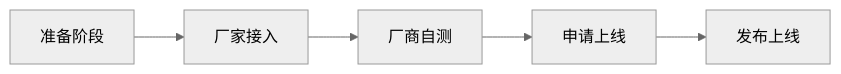
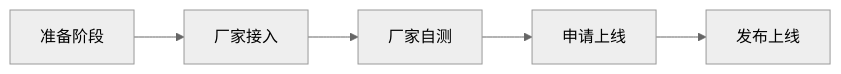
Before and after one commit to rokid/docs: the diagram in rokid-homebase-docs/intro/flow.md, drawn with Mermaid (neutral theme). The commit also changed 3 other files, not shown here.

````diff
--- a/rokid-homebase-docs/intro/flow.md
+++ b/rokid-homebase-docs/intro/flow.md
@@ -3,8 +3,14 @@
 ```mermaid
+
 graph LR;
+  A[准备阶段]
+  B[厂家接入]
+  C[厂家自测]
+  D[申请上线]
+  E[发布上线]
 
-准备阶段-->dev[厂家接入];
-dev-->test[厂商自测];
-test-->申请上线;
-申请上线-->发布上线;
+  A --> B;
+  B --> C;
+  C --> D;
+  D --> E;
 ```
````
